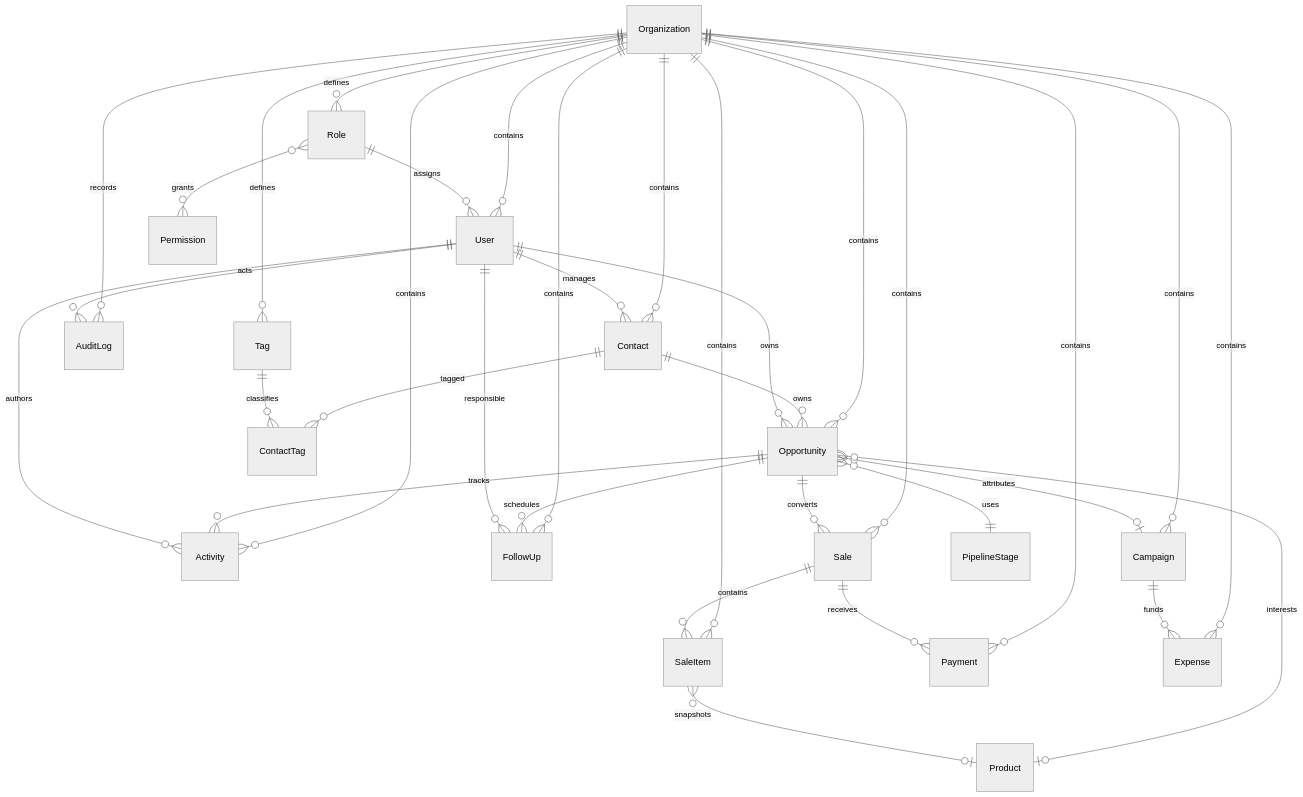
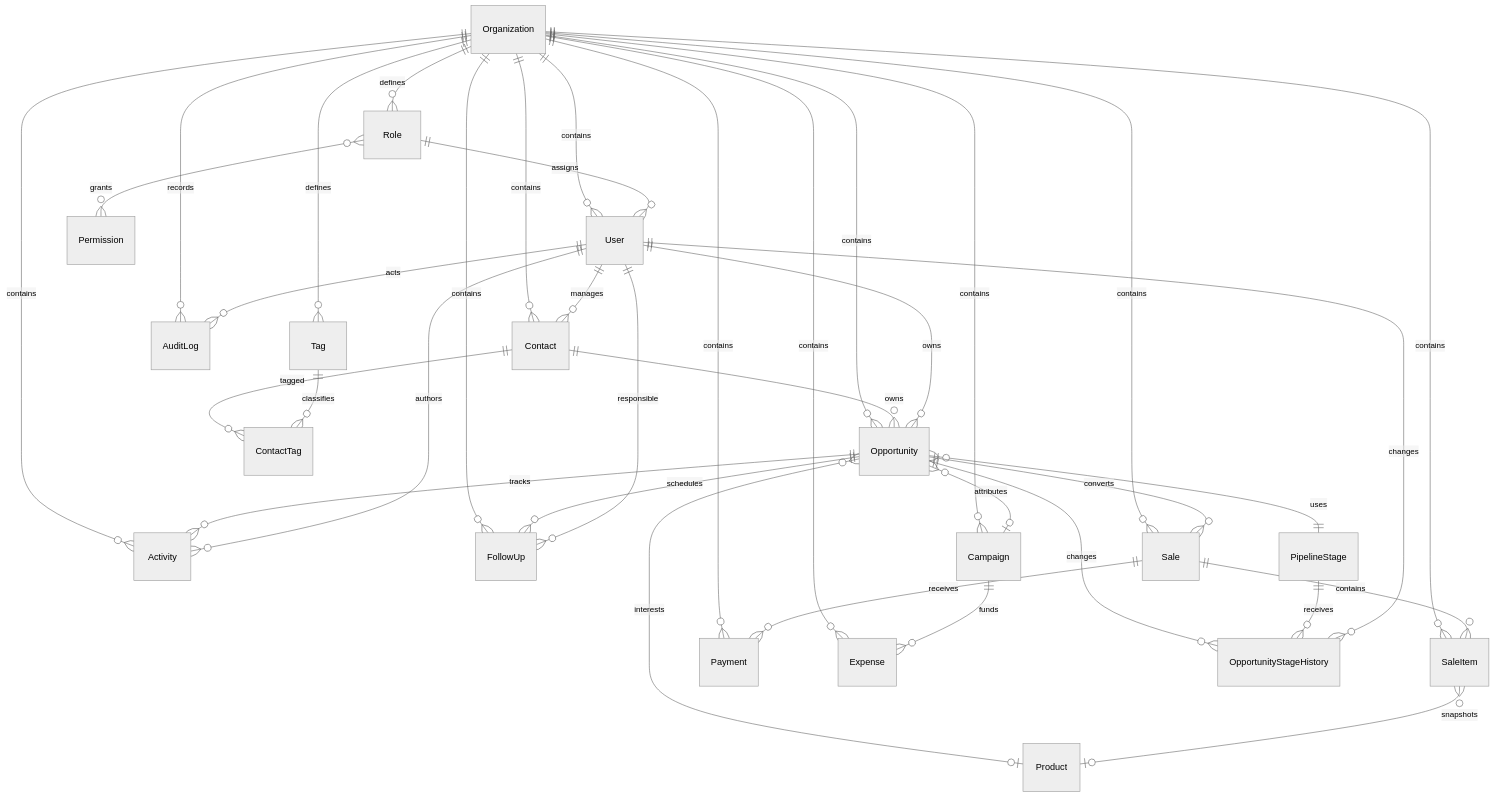
Before and after one commit to MiguelTroncoso/SuperFlash_CRM: the diagram in docs/domain-model.md, drawn with Mermaid (neutral theme). The commit also changed other lines of this file and 35 other files, not shown here.

````diff
--- a/docs/domain-model.md
+++ b/docs/domain-model.md
@@ -5,40 +5,43 @@
 ```mermaid
 erDiagram
     Organization ||--o{ User : contains
     Organization ||--o{ Contact : contains
     Organization ||--o{ Opportunity : contains
     Organization ||--o{ Activity : contains
     Organization ||--o{ FollowUp : contains
     Organization ||--o{ Sale : contains
     Organization ||--o{ SaleItem : contains
     Organization ||--o{ Payment : contains
     Organization ||--o{ Campaign : contains
     Organization ||--o{ Expense : contains
     Organization ||--o{ AuditLog : records
 
     Organization ||--o{ Role : defines
     Role }o--o{ Permission : grants
     Role ||--o{ User : assigns
 
     User ||--o{ Contact : manages
     Contact ||--o{ Opportunity : owns
     Opportunity }o--|| PipelineStage : uses
     Opportunity }o--o| Campaign : attributes
     Opportunity }o--o| Product : interests
     User ||--o{ Opportunity : owns
     Opportunity ||--o{ Activity : tracks
     Opportunity ||--o{ FollowUp : schedules
+    Opportunity ||--o{ OpportunityStageHistory : changes
+    PipelineStage ||--o{ OpportunityStageHistory : receives
+    User ||--o{ OpportunityStageHistory : changes
     User ||--o{ FollowUp : responsible
     Opportunity ||--o{ Sale : converts
     Sale ||--o{ SaleItem : contains
     SaleItem }o--o| Product : snapshots
     Sale ||--o{ Payment : receives
 
     Contact ||--o{ ContactTag : tagged
     Tag ||--o{ ContactTag : classifies
     Organization ||--o{ Tag : defines
 
     Campaign ||--o{ Expense : funds
     User ||--o{ Activity : authors
     User ||--o{ AuditLog : acts
 ```
````
